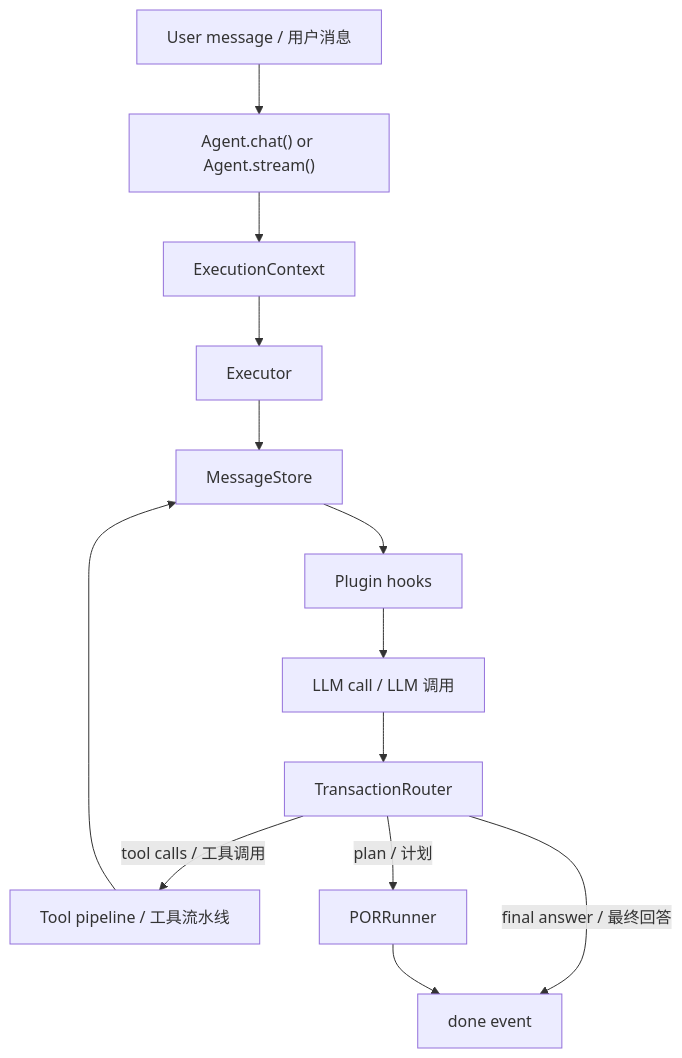
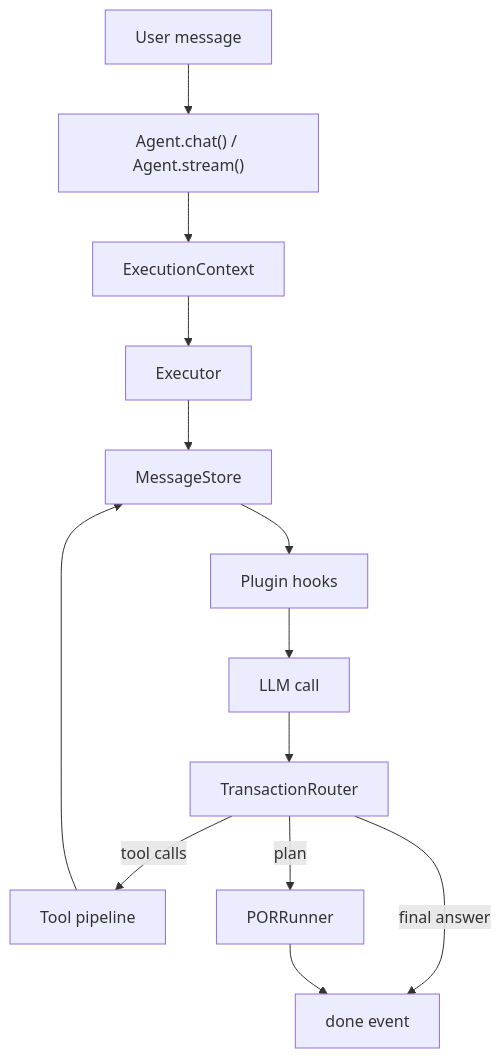
Before and after one commit to axclogo/AxcAgentEngine: the second of 2 diagrams in README.md, drawn with Mermaid. The commit also changed other lines of this file and 1 other file, not shown here.

````diff
--- a/README.md
+++ b/README.md
@@ -319,15 +321,15 @@
 ```mermaid
 flowchart TD
-    A["User message / 用户消息"] --> B["Agent.chat() or Agent.stream()"]
+    A["User message"] --> B["Agent.chat() / Agent.stream()"]
     B --> C["ExecutionContext"]
     C --> D["Executor"]
     D --> E["MessageStore"]
     E --> F["Plugin hooks"]
-    F --> G["LLM call / LLM 调用"]
+    F --> G["LLM call"]
     G --> H["TransactionRouter"]
-    H -->|final answer / 最终回答| I["done event"]
-    H -->|tool calls / 工具调用| J["Tool pipeline / 工具流水线"]
+    H -->|final answer| I["done event"]
+    H -->|tool calls| J["Tool pipeline"]
     J --> E
-    H -->|plan / 计划| K["PORRunner"]
+    H -->|plan| K["PORRunner"]
     K --> I
 ```
````
